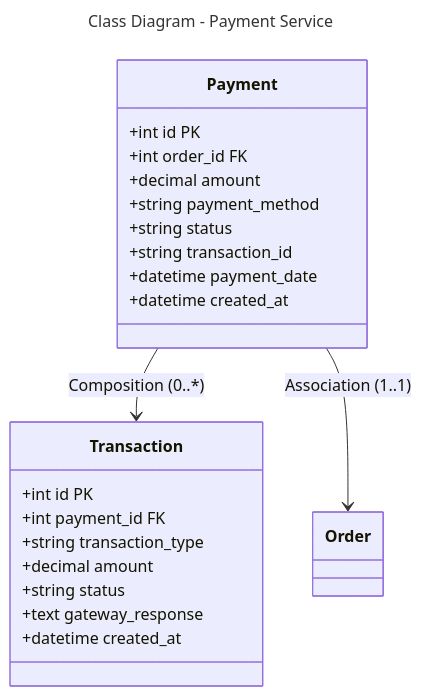
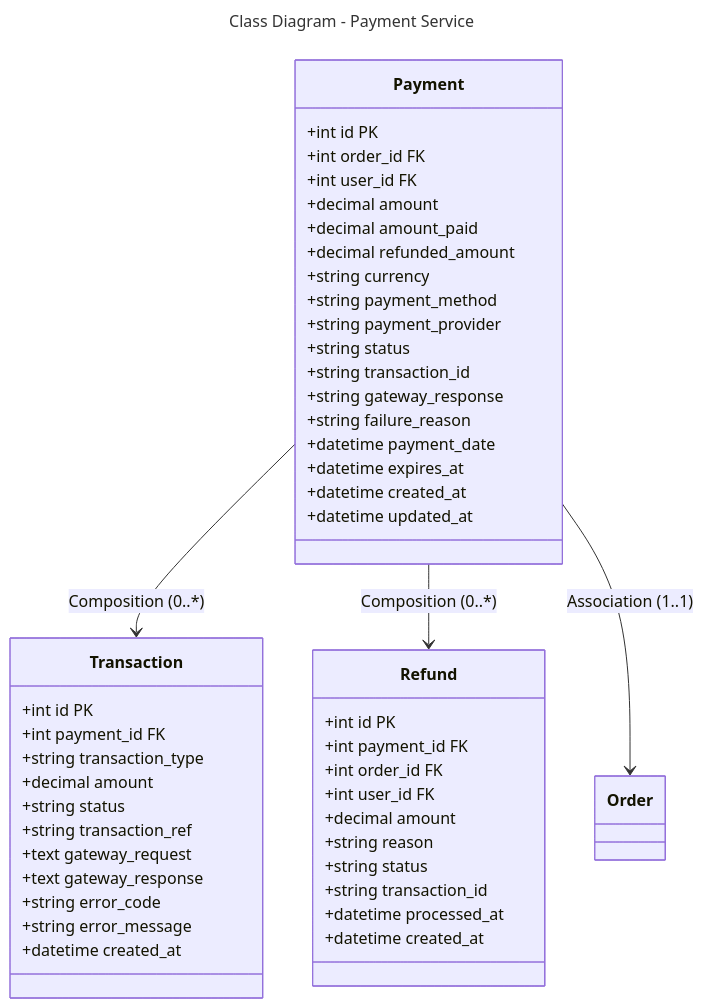
One commit to Trannaaanhh/ecom changed the diagram in docs/diagrams/class/payment-service.md. Above: the diagram before and after it, drawn with Mermaid. The commit also changed other lines of this file and 10 other files, not shown here.

Commit message:
update diagrams

````diff
--- a/docs/diagrams/class/payment-service.md
+++ b/docs/diagrams/class/payment-service.md
@@ -1,29 +1,56 @@
 ```mermaid
 ---
 title: Class Diagram - Payment Service
 ---
 classDiagram
     class Payment {
         +int id PK
         +int order_id FK
+        +int user_id FK
         +decimal amount
+        +decimal amount_paid
+        +decimal refunded_amount
+        +string currency
         +string payment_method
+        +string payment_provider
         +string status
         +string transaction_id
+        +string gateway_response
+        +string failure_reason
         +datetime payment_date
+        +datetime expires_at
         +datetime created_at
+        +datetime updated_at
     }
     
     class Transaction {
         +int id PK
         +int payment_id FK
         +string transaction_type
         +decimal amount
         +string status
+        +string transaction_ref
+        +text gateway_request
         +text gateway_response
+        +string error_code
+        +string error_message
+        +datetime created_at
+    }
+    
+    class Refund {
+        +int id PK
+        +int payment_id FK
+        +int order_id FK
+        +int user_id FK
+        +decimal amount
+        +string reason
+        +string status
+        +string transaction_id
+        +datetime processed_at
         +datetime created_at
     }
     
     Payment --> Transaction : Composition (0..*)
+    Payment --> Refund : Composition (0..*)
     Payment --> Order : Association (1..1)
 ```
````
